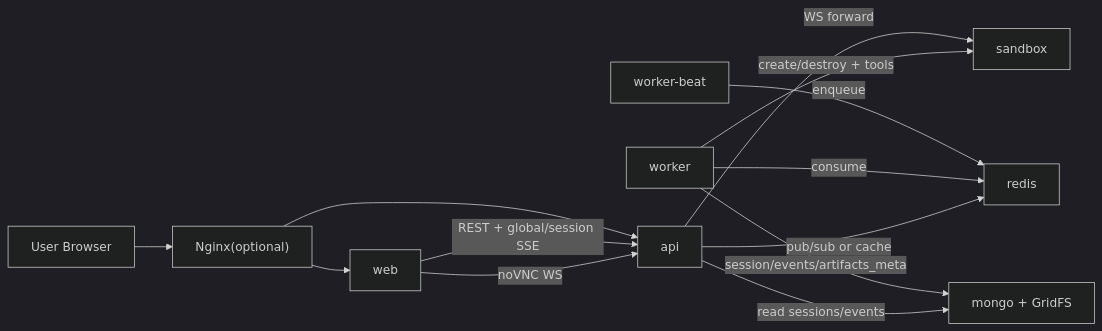
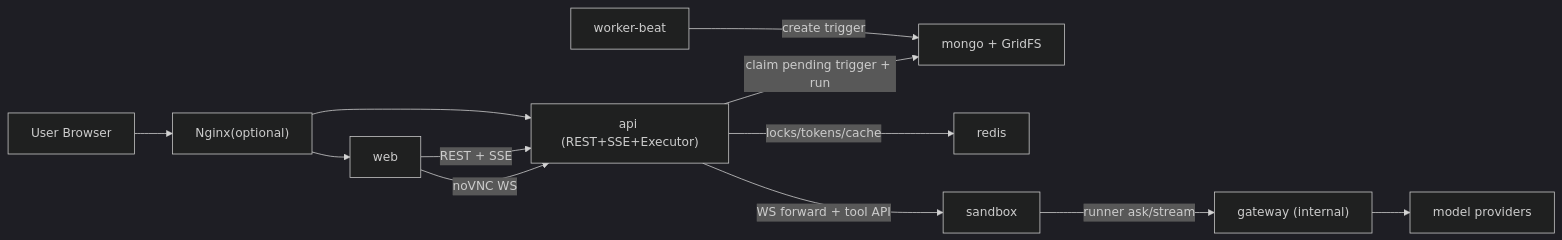
Before and after one commit to onjs/ai-manus: the first of 2 diagrams in md/modules/15-deployment-topology.md, drawn with Mermaid (dark theme). The commit also changed other lines of this file and 184 other files, not shown here.

Commit message:
feat: align gateway-sandbox runtime loop and realtime event UX

````diff
--- a/md/modules/15-deployment-topology.md
+++ b/md/modules/15-deployment-topology.md
@@ -67,18 +42,16 @@
 ```mermaid
 flowchart LR
   U["User Browser"] --> N["Nginx(optional)"]
   N --> W["web"]
-  N --> A["api"]
+  N --> A["api (REST+SSE+Executor)"]
 
-  W -->|"REST + global/session SSE"| A
+  B["worker-beat"] -->|"create trigger"| M["mongo + GridFS"]
+  A -->|"claim pending trigger + run"| M
+  A -->|"locks/tokens/cache"| R["redis"]
+
+  W -->|"REST + SSE"| A
   W -->|"noVNC WS"| A
-  A -->|"WS forward"| S["sandbox"]
-
-  B["worker-beat"] -->|"enqueue"| R["redis"]
-  K["worker"] -->|"consume"| R
-  A -->|"pub/sub or cache"| R
-
-  K -->|"session/events/artifacts_meta"| M["mongo + GridFS"]
-  A -->|"read sessions/events"| M
-  K -->|"create/destroy + tools"| S
+  A -->|"WS forward + tool API"| S["sandbox"]
+  S -->|"runner ask/stream"| G["gateway (internal)"]
+  G --> P["model providers"]
 ```
````
